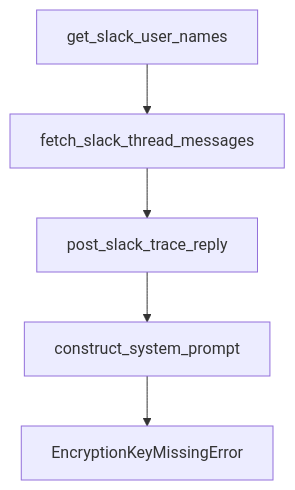
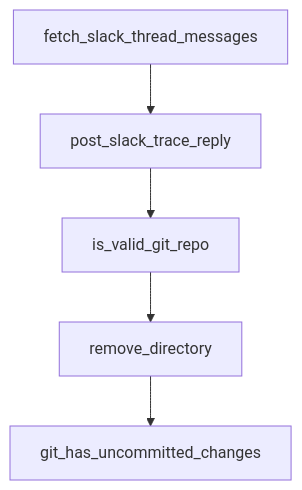
The diagram in tutorials/open-swe-tutorial/03-development-environment-and-monorepo-setup.md (johnxie/awesome-code-docs), drawn with Mermaid before and after one commit. The commit also changed other lines of this file and 1232 other files, not shown here.

````diff
--- a/tutorials/open-swe-tutorial/03-development-environment-and-monorepo-setup.md
+++ b/tutorials/open-swe-tutorial/03-development-environment-and-monorepo-setup.md
@@ -182,12 +188,12 @@
 ```mermaid
 flowchart TD
-    A[get_slack_user_names]
-    B[fetch_slack_thread_messages]
-    C[post_slack_trace_reply]
-    D[construct_system_prompt]
-    E[EncryptionKeyMissingError]
+    A[fetch_slack_thread_messages]
+    B[post_slack_trace_reply]
+    C[is_valid_git_repo]
+    D[remove_directory]
+    E[git_has_uncommitted_changes]
     A --> B
     B --> C
     C --> D
     D --> E
 ```
````
